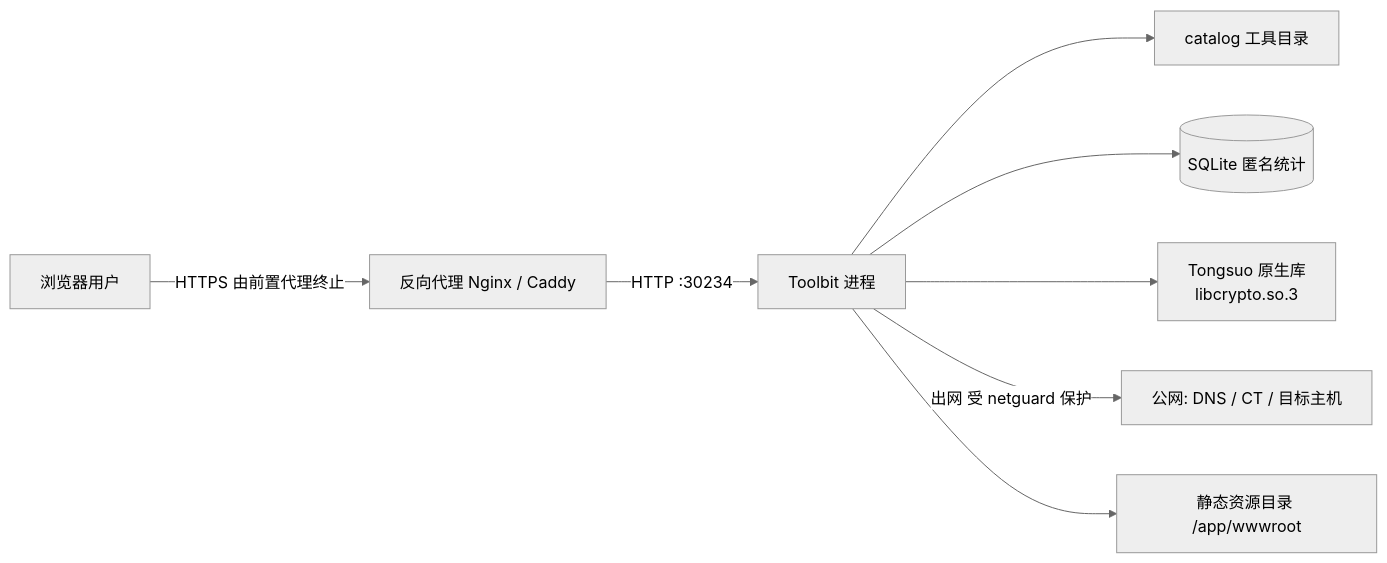
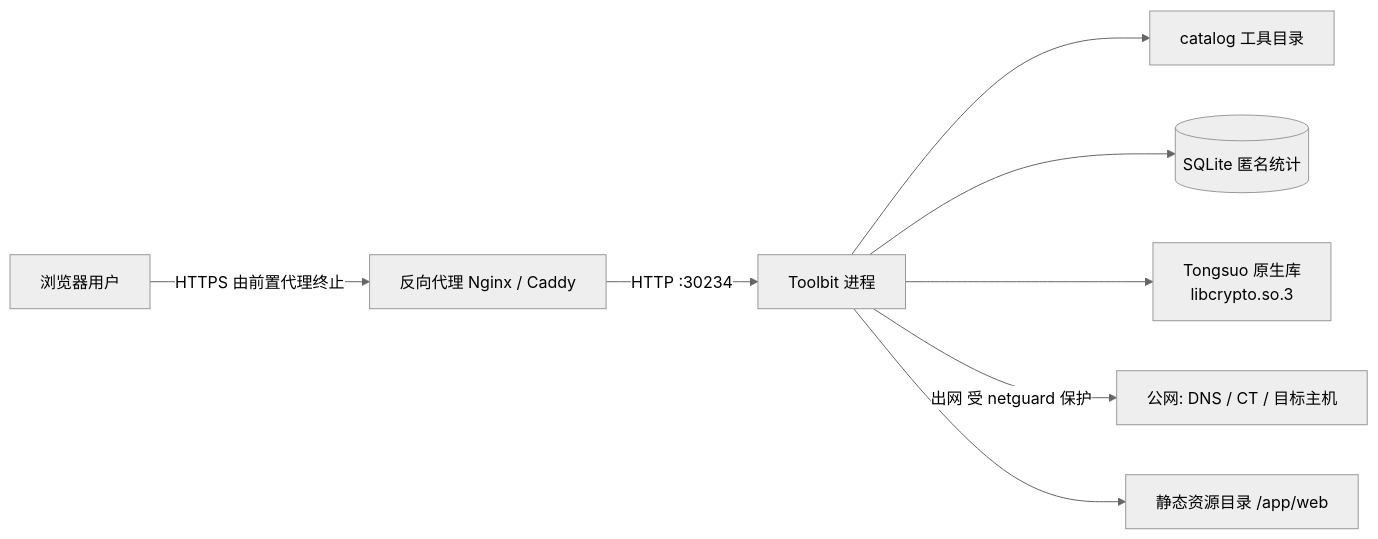
One commit to blue-cloud-net/Toolbit changed the first of 6 diagrams in docs/architecture.md. Above: the diagram before and after it, drawn with Mermaid (neutral theme). The commit also changed other lines of this file and 3 other files, not shown here.

````diff
--- a/docs/architecture.md
+++ b/docs/architecture.md
@@ -33,10 +33,10 @@
 ```mermaid
 flowchart LR
   U[浏览器用户] -->|HTTPS 由前置代理终止| R[反向代理 Nginx / Caddy]
   R -->|HTTP :30234| T[Toolbit 进程]
   T --> C[catalog 工具目录]
   T --> S[(SQLite 匿名统计)]
   T --> X[Tongsuo 原生库<br/>libcrypto.so.3]
   T -->|出网 受 netguard 保护| N[公网: DNS / CT / 目标主机]
-  T --> W[静态资源目录 /app/wwwroot]
+  T --> W[静态资源目录 /app/web]
 ```
````
